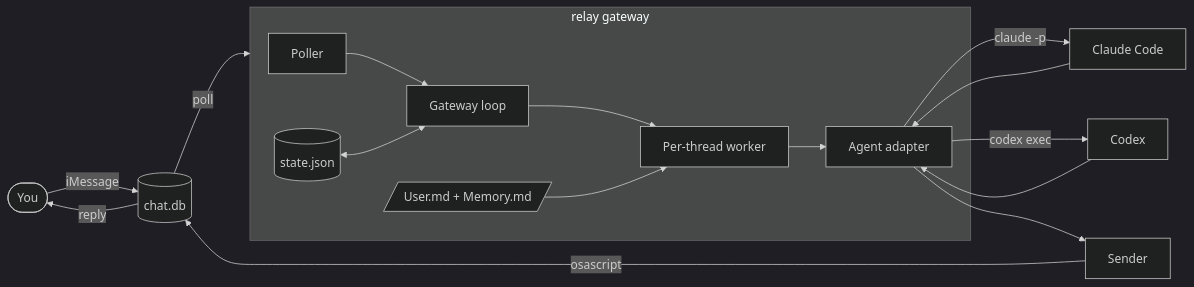
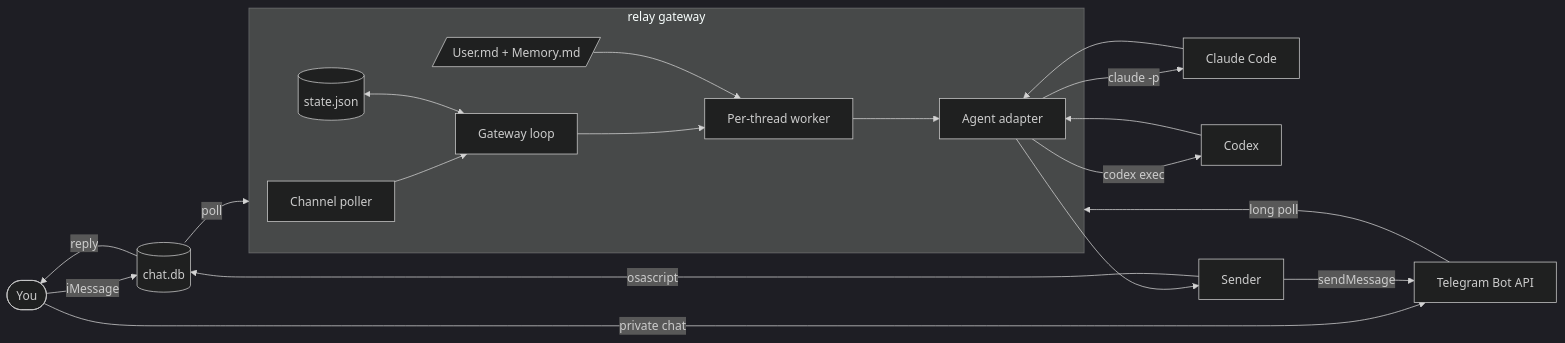
The first of 2 diagrams in docs/architecture.md (edheltzel/Relay), drawn with Mermaid (dark theme) before and after one commit. The commit also changed other lines of this file and 22 other files, not shown here.

````diff
--- a/docs/architecture.md
+++ b/docs/architecture.md
@@ -53,19 +56,22 @@
 ```mermaid
 flowchart LR
     user([You]) -->|iMessage| db[(chat.db)]
+    user -->|private chat| tg[Telegram Bot API]
     db -->|poll| relay
+    tg -->|long poll| relay
     subgraph relay[relay gateway]
-        poller[Poller] --> gateway[Gateway loop]
+        poller[Channel poller] --> gateway[Gateway loop]
         gateway --> worker[Per-thread worker]
         store[(state.json)] <--> gateway
         memory[/User.md + Memory.md/] --> worker
         worker --> adapter[Agent adapter]
     end
     adapter -->|claude -p| claude[Claude Code]
     adapter -->|codex exec| codex[Codex]
     claude --> adapter
     codex --> adapter
     adapter --> sender[Sender]
     sender -->|osascript| db
+    sender -->|sendMessage| tg
     db -->|reply| user
 ```
````
